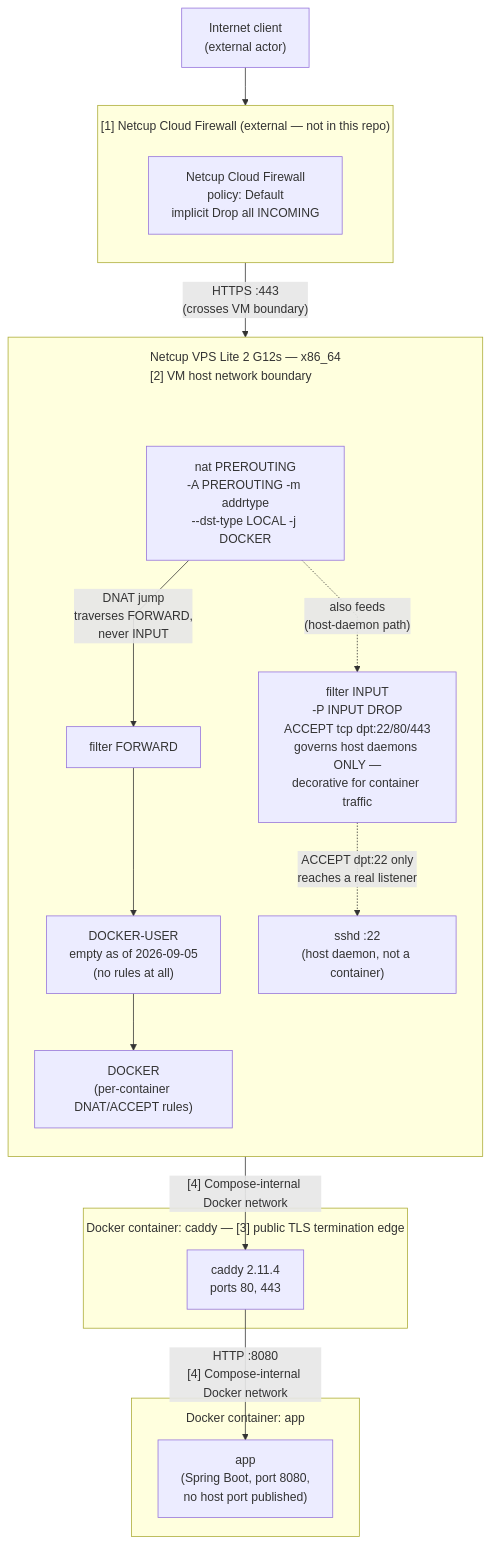
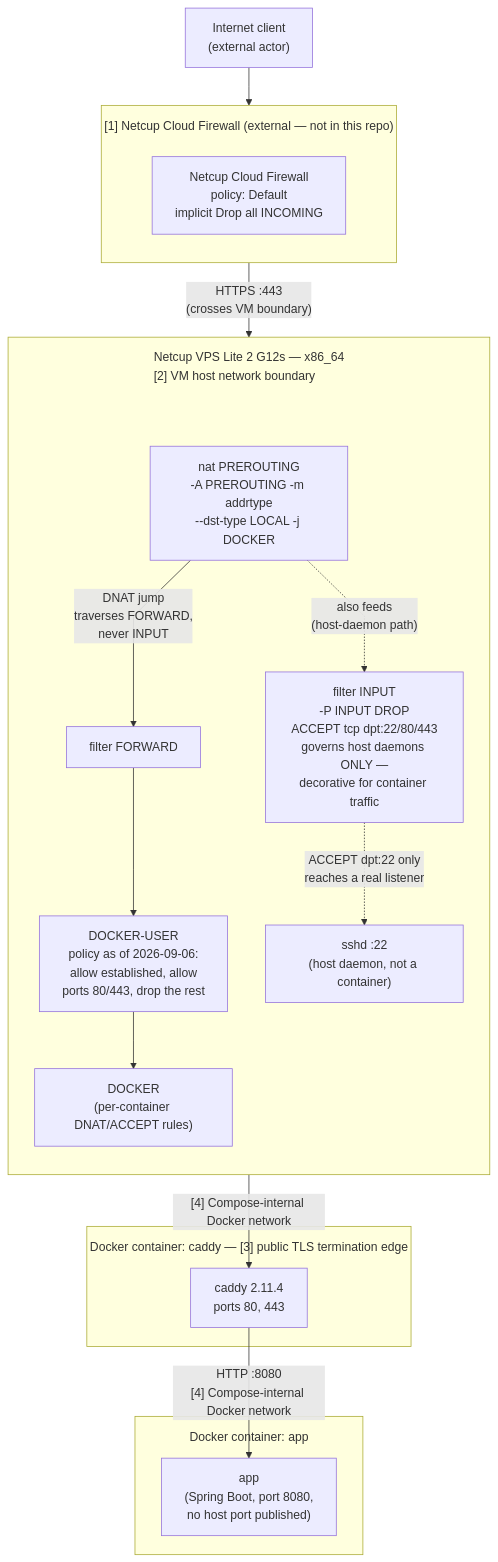
One commit to RudVlad473/kanban-board-backend changed the diagram in docs/diagrams/infra-packet-path-scenario.mmd. Above: the diagram before and after it, drawn with Mermaid. The commit also changed 7 other files, not shown here.

```diff
--- a/docs/diagrams/infra-packet-path-scenario.mmd
+++ b/docs/diagrams/infra-packet-path-scenario.mmd
@@ -1,42 +1,42 @@
 %%{init: {"flowchart": {"subGraphTitleMargin": {"top": 15, "bottom": 15}, "curve": "linear"}}}%%
 flowchart TB
     client["Internet client<br/>(external actor)"]
 
     subgraph netcup_edge["[1] Netcup Cloud Firewall (external — not in this repo)"]
         direction TB
         netcup_fw["Netcup Cloud Firewall<br/>policy: Default<br/>implicit Drop all INCOMING"]
     end
 
     subgraph vm["Netcup VPS Lite 2 G12s — x86_64<br/>[2] VM host network boundary"]
         direction TB
 
         vm_spacer[" "]
         style vm_spacer height:1px,fill:none,stroke:none
 
         prerouting["nat PREROUTING<br/>-A PREROUTING -m addrtype<br/>--dst-type LOCAL -j DOCKER"]
         vm_spacer ~~~ prerouting
         forward["filter FORWARD"]
-        docker_user["DOCKER-USER<br/>empty as of 2026-09-05<br/>(no rules at all)"]
+        docker_user["DOCKER-USER<br/>policy as of 2026-09-06:<br/>allow established, allow<br/>ports 80/443, drop the rest"]
         docker_chain["DOCKER<br/>(per-container DNAT/ACCEPT rules)"]
 
         input["filter INPUT<br/>-P INPUT DROP<br/>ACCEPT tcp dpt:22/80/443<br/>governs host daemons ONLY —<br/>decorative for container traffic"]
         sshd["sshd :22<br/>(host daemon, not a container)"]
 
         prerouting -- "DNAT jump<br/>traverses FORWARD,<br/>never INPUT" --> forward
         forward --> docker_user
         docker_user --> docker_chain
         prerouting -. "also feeds<br/>(host-daemon path)" .-> input
         input -. "ACCEPT dpt:22 only<br/>reaches a real listener" .-> sshd
     end
 
     subgraph caddy_box["Docker container: caddy — [3] public TLS termination edge"]
         caddy["caddy 2.11.4<br/>ports 80, 443"]
     end
     subgraph app_box["Docker container: app"]
         app["app<br/>(Spring Boot, port 8080,<br/>no host port published)"]
     end
 
     client --> netcup_fw
     netcup_fw -- "HTTPS :443<br/>(crosses VM boundary)" --> prerouting
     docker_chain -- "[4] Compose-internal Docker network" --> caddy
     caddy -- "HTTP :8080<br/>[4] Compose-internal Docker network" --> app
```
